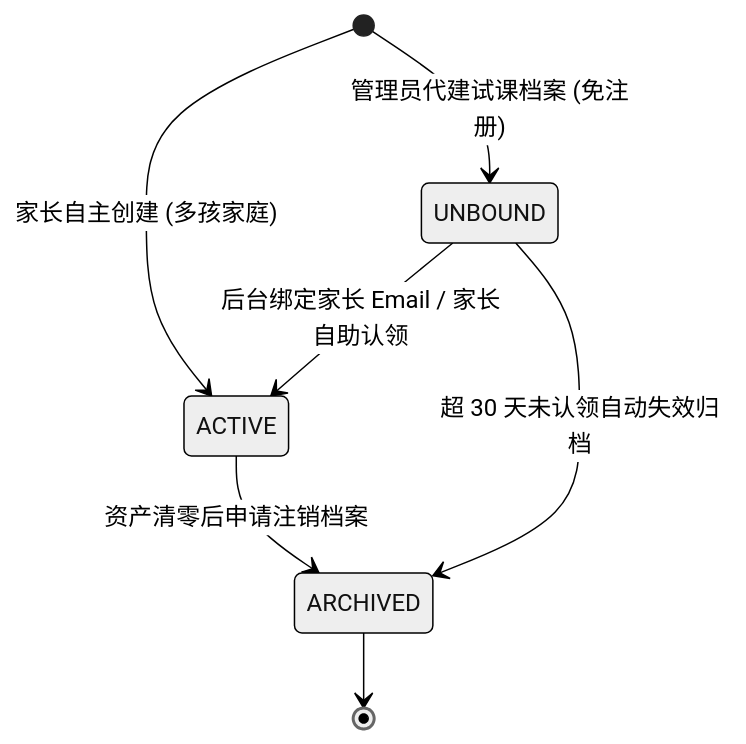
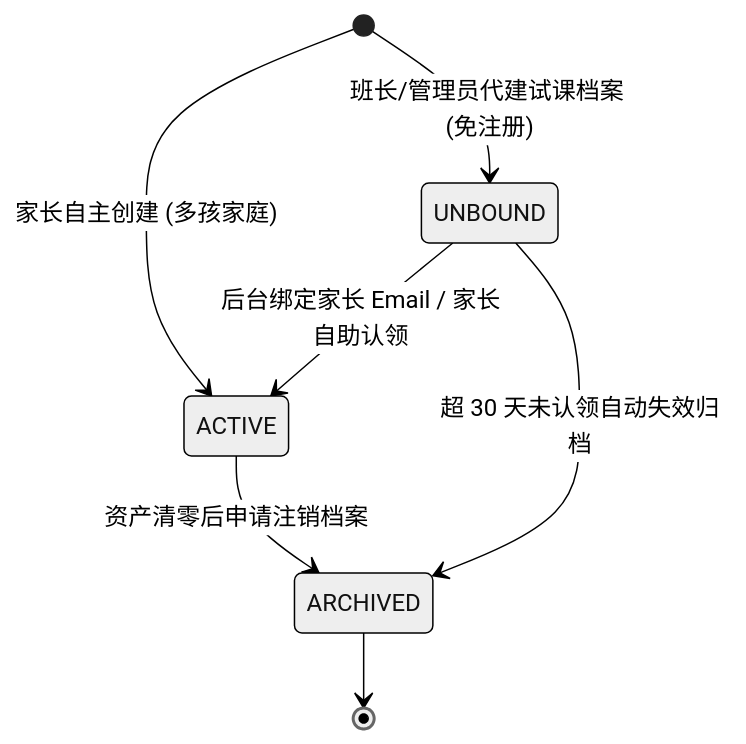
One commit to Onezao/dream changed the first of 10 diagrams in docs/ENTITY_STATE_MACHINES.md. Above: the diagram before and after it, drawn with Mermaid (neutral theme). The commit also changed other lines of this file and 35 other files, not shown here.

````diff
--- a/docs/ENTITY_STATE_MACHINES.md
+++ b/docs/ENTITY_STATE_MACHINES.md
@@ -35,9 +34,9 @@
 ```mermaid
 stateDiagram-v2
     [*] --> ACTIVE: 家长自主创建 (多孩家庭)
-    [*] --> UNBOUND: 管理员代建试课档案 (免注册)
+    [*] --> UNBOUND: 班长/管理员代建试课档案 (免注册)
     UNBOUND --> ACTIVE: 后台绑定家长 Email / 家长自助认领
     UNBOUND --> ARCHIVED: 超 30 天未认领自动失效归档
     ACTIVE --> ARCHIVED: 资产清零后申请注销档案
     ARCHIVED --> [*]
 ```
````
